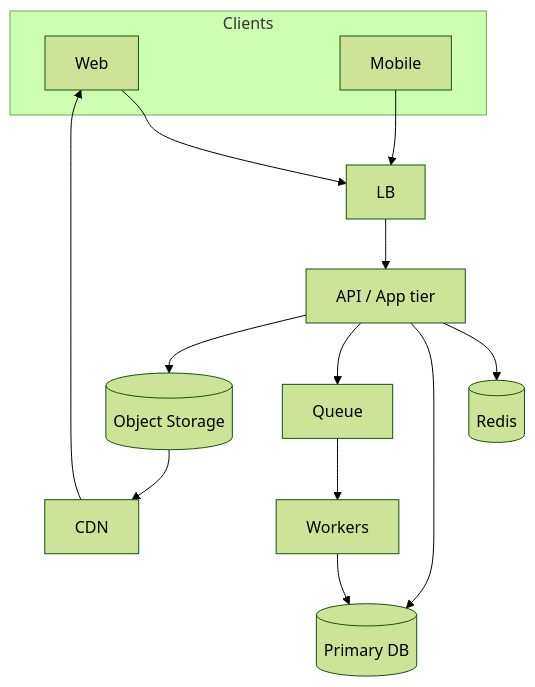
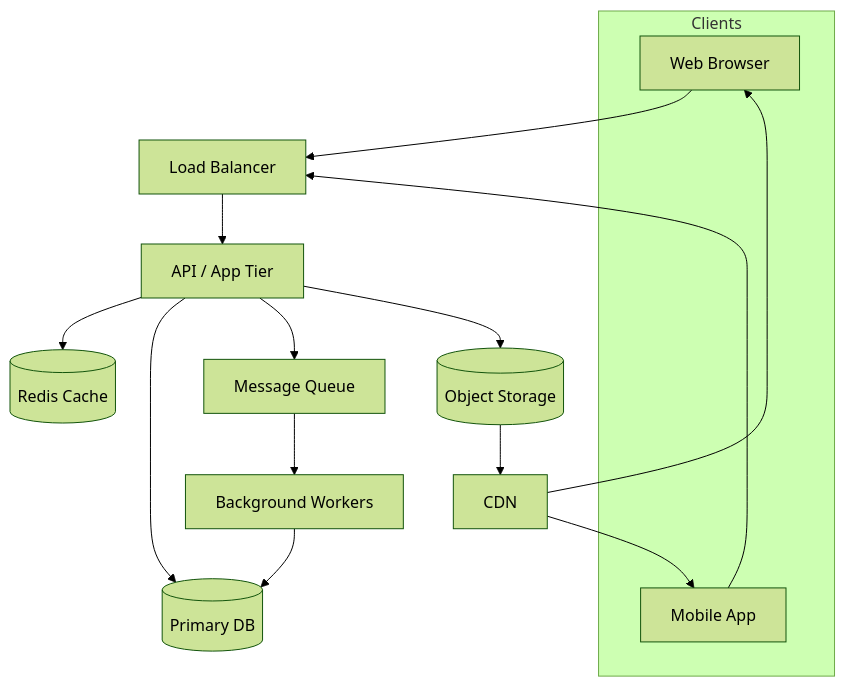
Before and after one commit to saroj990/system-design: the third of 5 diagrams in fundamentals/14-how-to-hld.md, drawn with Mermaid (forest theme). The commit also changed other lines of this file and 14 other files, not shown here.

````diff
--- a/fundamentals/14-how-to-hld.md
+++ b/fundamentals/14-how-to-hld.md
@@ -66,18 +181,22 @@
 ```mermaid
 flowchart TB
   subgraph Clients
-    Web
-    Mobile
+    Web[Web Browser]
+    Mobile[Mobile App]
   end
-  Web --> LB
+
+  Web --> LB[Load Balancer]
   Mobile --> LB
-  LB --> API[API / App tier]
-  API --> Cache[(Redis)]
+  LB --> API[API / App Tier]
+
+  API --> Cache[(Redis Cache)]
   API --> DB[(Primary DB)]
-  API --> Q[Queue]
-  Q --> Workers
+  API --> Q[Message Queue]
+  Q --> Workers[Background Workers]
   Workers --> DB
+
   API --> S3[(Object Storage)]
-  S3 --> CDN
+  S3 --> CDN[CDN]
   CDN --> Web
+  CDN --> Mobile
 ```
````
